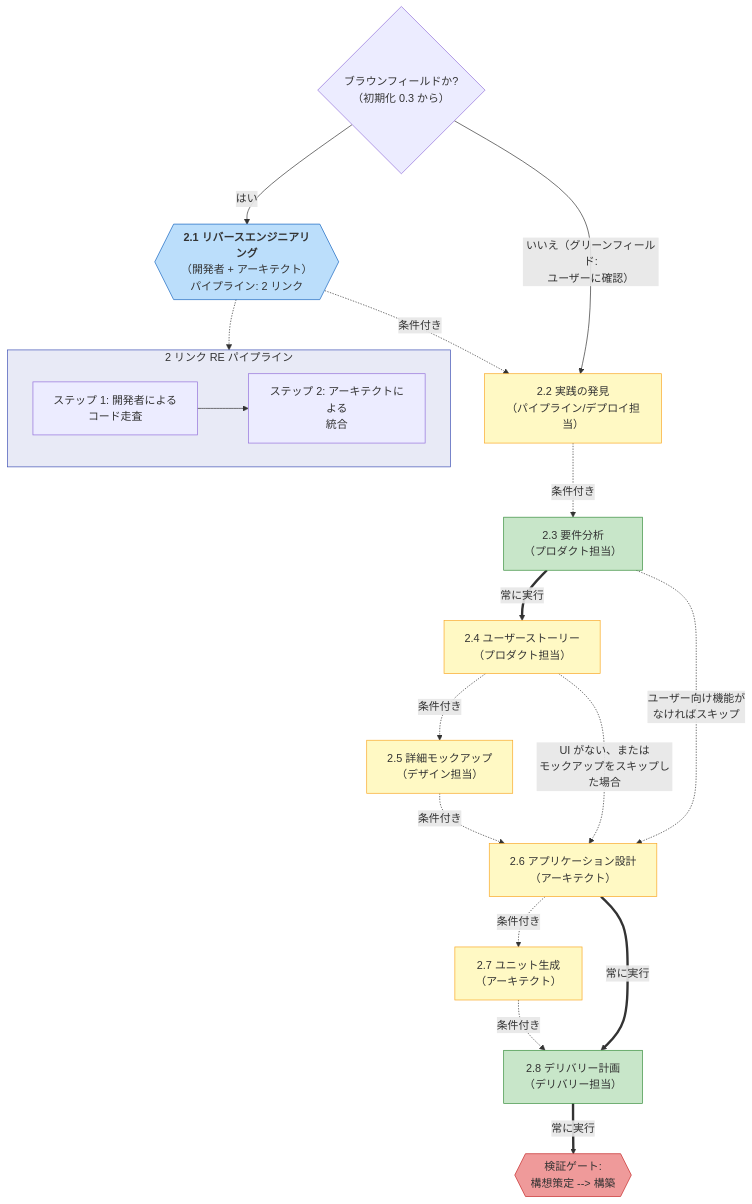
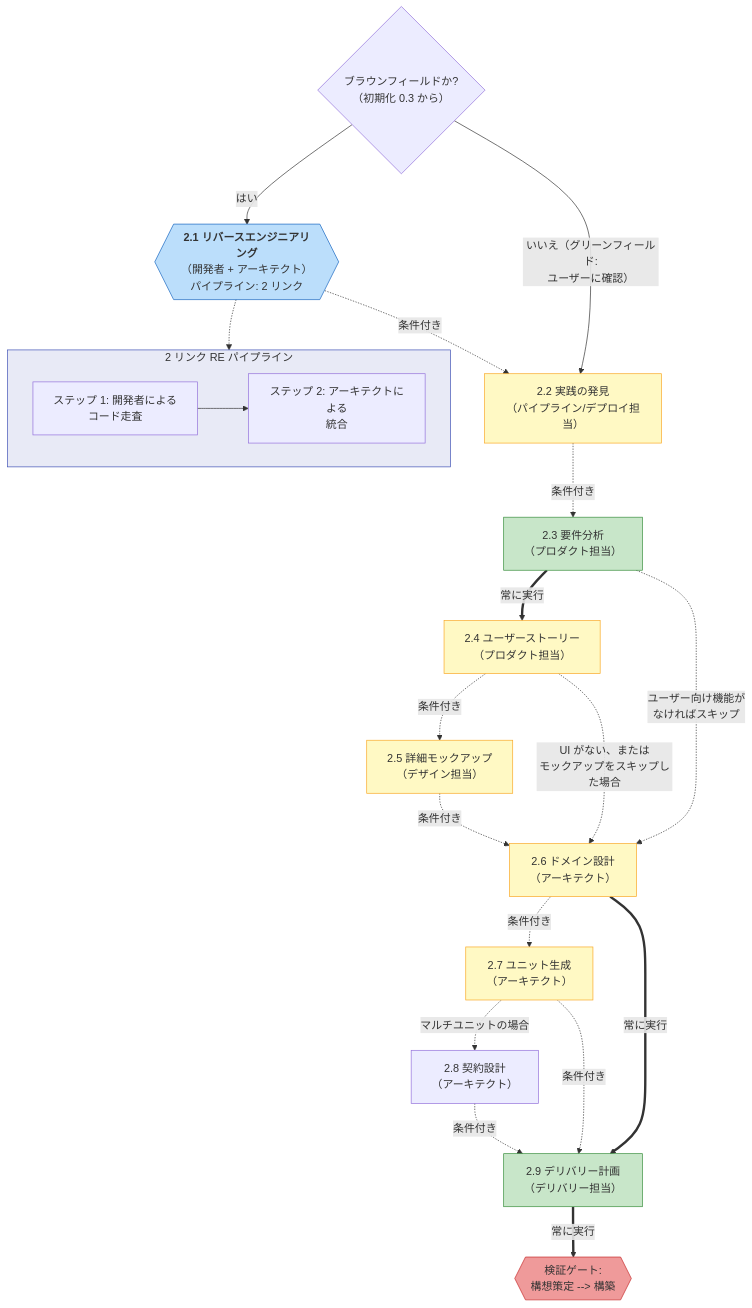
The third of 12 diagrams in docs/reference/diagrams.mdx (otomatty/aidlc-workflows-docs), drawn with Mermaid before and after one commit. The commit also changed other lines of this file and 50 other files, not shown here.

````diff
--- a/docs/reference/diagrams.mdx
+++ b/docs/reference/diagrams.mdx
@@ -115,50 +115,53 @@
 ```mermaid
 flowchart TD
     S21{{"`**2.1 リバースエンジニアリング**
     （開発者 + アーキテクト）
     パイプライン: 2 リンク`"}}
     S22A["2.2 実践の発見\n（パイプライン/デプロイ担当）"]
     S22["2.3 要件分析\n（プロダクト担当）"]
     S23["2.4 ユーザーストーリー\n（プロダクト担当）"]
     S24["2.5 詳細モックアップ\n（デザイン担当）"]
-    S25["2.6 アプリケーション設計\n（アーキテクト）"]
+    S25["2.6 ドメイン設計\n（アーキテクト）"]
     S26["2.7 ユニット生成\n（アーキテクト）"]
-    S27["2.8 デリバリー計画\n（デリバリー担当）"]
+    S28["2.8 契約設計\n（アーキテクト）"]
+    S27["2.9 デリバリー計画\n（デリバリー担当）"]
     VG2{{"検証ゲート:\n構想策定 --> 構築"}}
 
     BF_CHECK{"ブラウンフィールドか?\n（初期化 0.3 から）"}
     BF_CHECK -->|はい| S21
     BF_CHECK -->|"いいえ（グリーンフィールド:\nユーザーに確認）"| S22A
     S21 -.->|条件付き| S22A
     S22A -.->|条件付き| S22
 
     subgraph RE_DETAIL["2 リンク RE パイプライン"]
         direction LR
         DEV_SCAN["ステップ 1: 開発者による\nコード走査"]
         ARCH_SYNTH["ステップ 2: アーキテクトによる\n統合"]
         DEV_SCAN --> ARCH_SYNTH
     end
 
     S21 -.-> RE_DETAIL
 
     S22 ==>|常に実行| S23
     S22 -.->|"ユーザー向け機能が\nなければスキップ"| S25
     S23 -.->|条件付き| S24
     S23 -.->|"UI がない、または\nモックアップをスキップした場合"| S25
     S24 -.->|条件付き| S25
     S25 -.->|条件付き| S26
     S25 ==>|常に実行| S27
+    S26 -.->|"マルチユニットの場合"| S28
     S26 -.->|条件付き| S27
+    S28 -.->|条件付き| S27
     S27 ==>|常に実行| VG2
 
     style S21 fill:#bbdefb,stroke:#1565c0
     style S22 fill:#c8e6c9,stroke:#388e3c
     style S27 fill:#c8e6c9,stroke:#388e3c
     style S22A fill:#fff9c4,stroke:#f9a825
     style S23 fill:#fff9c4,stroke:#f9a825
     style S24 fill:#fff9c4,stroke:#f9a825
     style S25 fill:#fff9c4,stroke:#f9a825
     style S26 fill:#fff9c4,stroke:#f9a825
     style VG2 fill:#ef9a9a,stroke:#c62828
     style RE_DETAIL fill:#e8eaf6,stroke:#3f51b5
 ```
````
